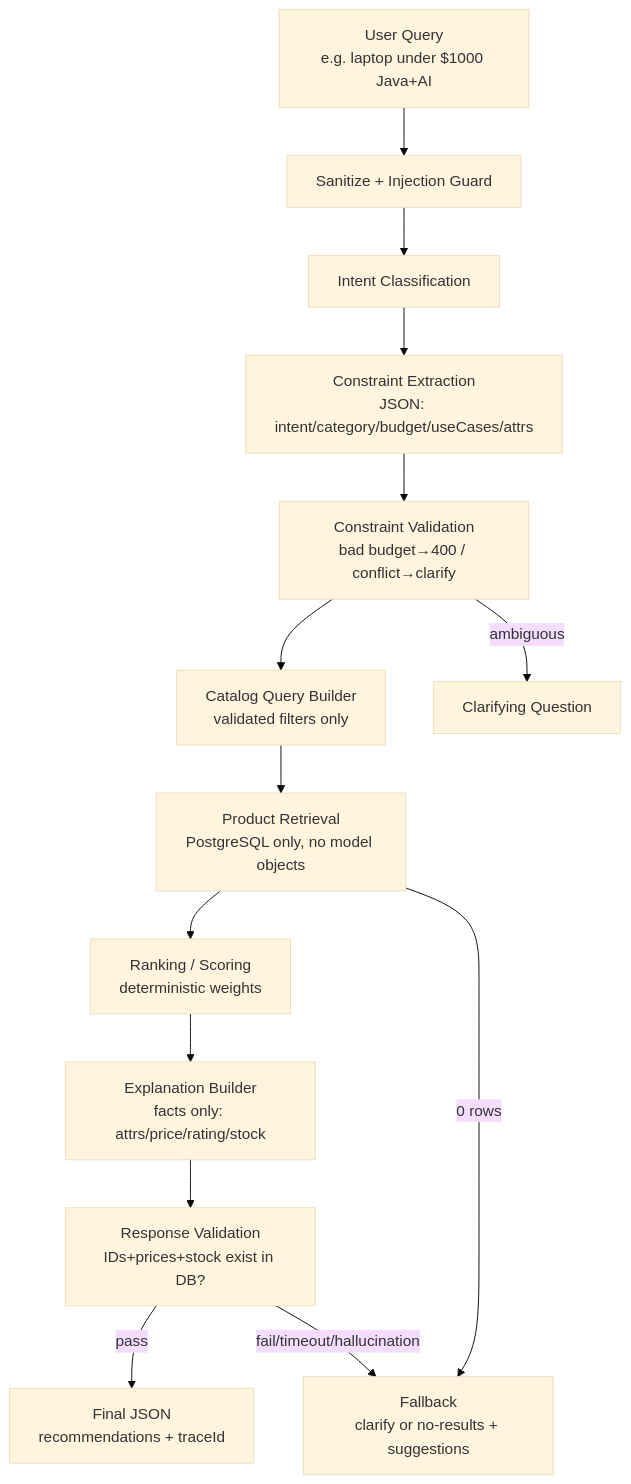
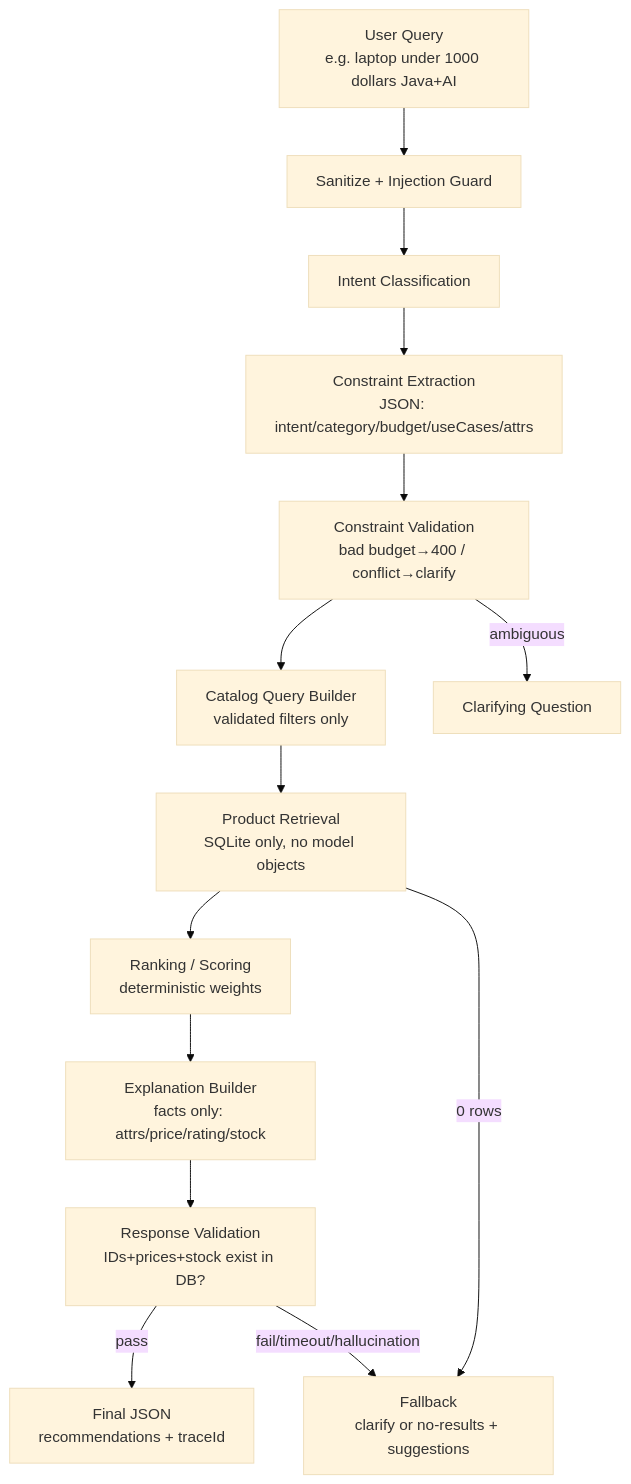
Before and after one commit to NJ555/Shop_smart_ai: the eighth of 15 diagrams in architecture.md, drawn with Mermaid (base theme). The commit also changed other lines of this file and 143 other files, not shown here.

````diff
--- a/architecture.md
+++ b/architecture.md
@@ -372,16 +373,16 @@
 ```mermaid
 flowchart TD
-    Q[User Query<br/>e.g. laptop under $1000 Java+AI] --> SAN[Sanitize + Injection Guard]
+    Q[User Query<br/>e.g. laptop under 1000 dollars Java+AI] --> SAN[Sanitize + Injection Guard]
     SAN --> INT[Intent Classification]
     INT --> EXT[Constraint Extraction<br/>JSON: intent/category/budget/useCases/attrs]
     EXT --> VAL[Constraint Validation<br/>bad budget→400 / conflict→clarify]
     VAL --> QB[Catalog Query Builder<br/>validated filters only]
-    QB --> RET[Product Retrieval<br/>PostgreSQL only, no model objects]
+    QB --> RET[Product Retrieval<br/>SQLite only, no model objects]
     RET --> RANK[Ranking / Scoring<br/>deterministic weights]
     RANK --> EXP[Explanation Builder<br/>facts only: attrs/price/rating/stock]
     EXP --> RESP_VAL[Response Validation<br/>IDs+prices+stock exist in DB?]
     RESP_VAL -- pass --> OUT[Final JSON<br/>recommendations + traceId]
     RESP_VAL -- fail/timeout/hallucination --> FB[Fallback<br/>clarify or no-results + suggestions]
     RET -- 0 rows --> FB
     VAL -- ambiguous --> CLAR[Clarifying Question]
 ```
````
